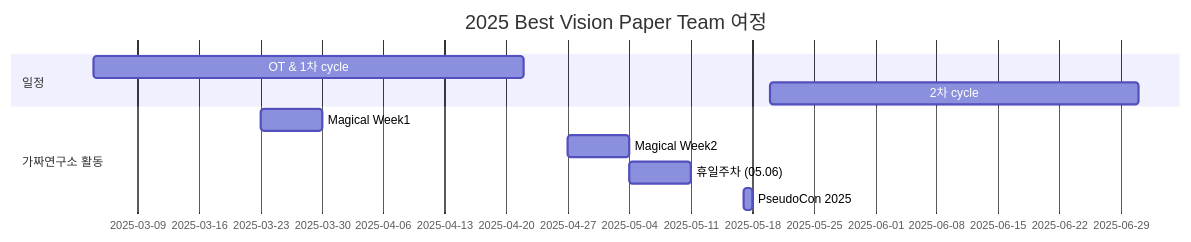
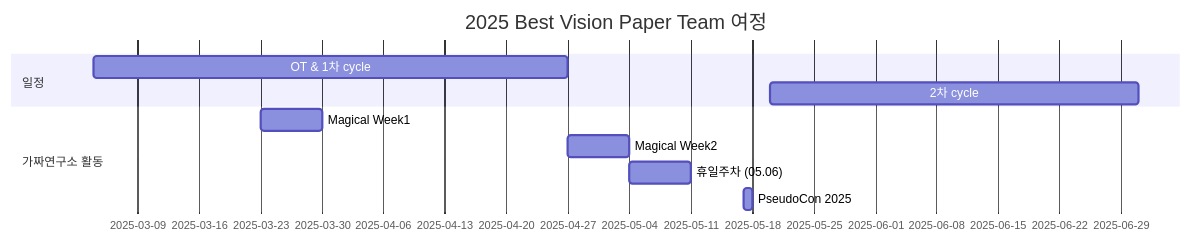
The diagram in README.md (Pseudo-Lab/Best_Vision_Paper), drawn with Mermaid before and after one commit. The commit also changed other lines of this file, not shown here.

````diff
--- a/README.md
+++ b/README.md
@@ -89,13 +99,13 @@
 ```mermaid
 gantt
     title 2025 Best Vision Paper Team 여정
     section 일정    
-    OT & 1차 cycle       :a1, 2025-03-04, 49d
+    OT & 1차 cycle       :a1, 2025-03-04, 54d
     2차 cycle            :a1, 2025-05-20, 42d    
     section 가짜연구소 활동
     Magical Week1: 2025-03-23, 7d
     Magical Week2: 2025-04-27, 7d
     휴일주차 (05.06): holiday, 2025-05-04, 7d
     PseudoCon 2025     : conference, 2025-05-17, 1d
     
 ```
````
